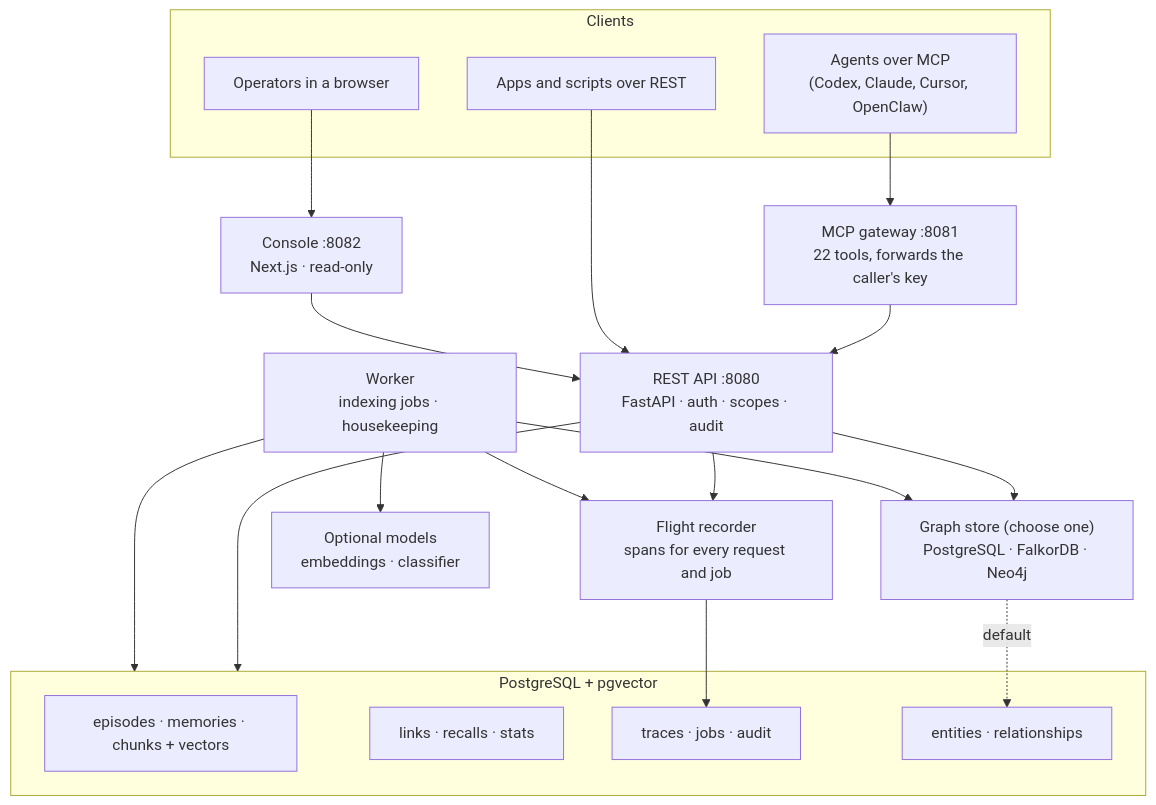
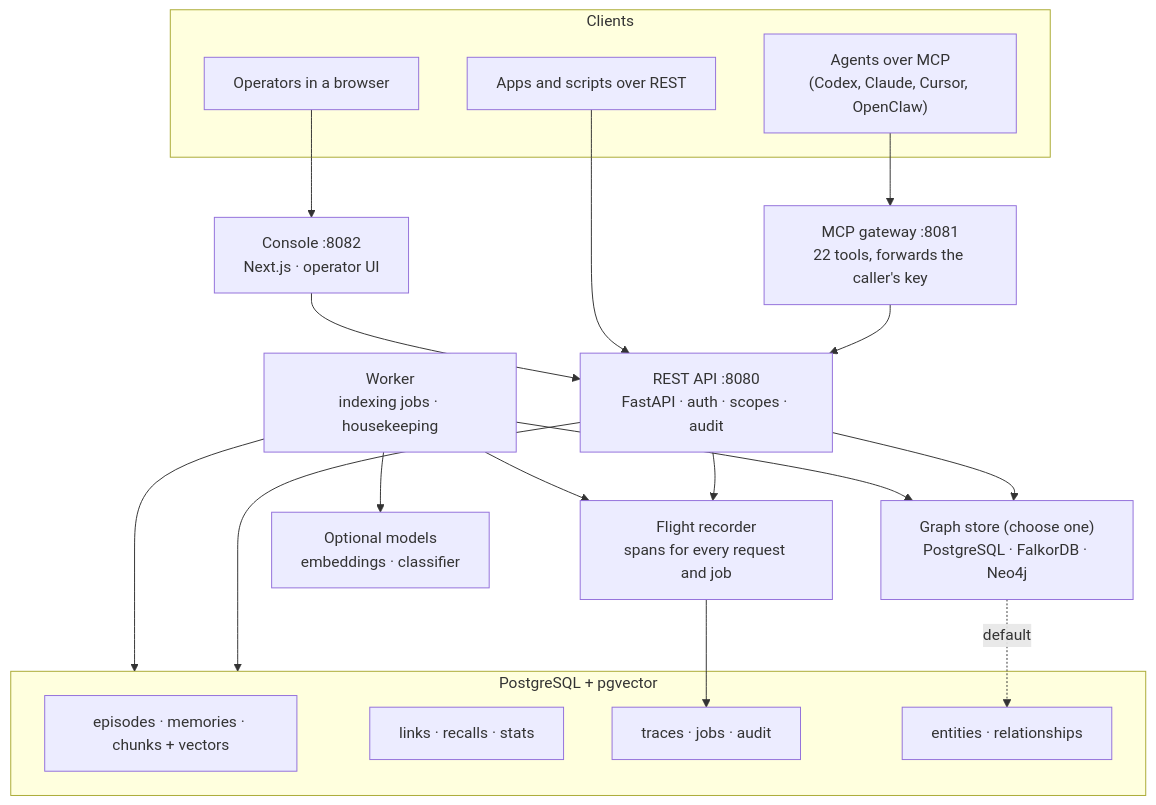
Before and after one commit to JIGGAI/albert: the second of 2 diagrams in README.md, drawn with Mermaid. The commit also changed other lines of this file and 11 other files, not shown here.

````diff
--- a/README.md
+++ b/README.md
@@ -110,32 +115,32 @@
 ```mermaid
 flowchart TB
     subgraph Clients
         C1["Agents over MCP<br/>(Codex, Claude, Cursor, OpenClaw)"]
         C2["Apps and scripts over REST"]
         C3["Operators in a browser"]
     end
     MCP["MCP gateway :8081<br/>22 tools, forwards the caller's key"]
     API["REST API :8080<br/>FastAPI · auth · scopes · audit"]
-    CON["Console :8082<br/>Next.js · read-only"]
+    CON["Console :8082<br/>Next.js · operator UI"]
     W["Worker<br/>indexing jobs · housekeeping"]
     REC["Flight recorder<br/>spans for every request and job"]
     subgraph PG["PostgreSQL + pgvector"]
         T1["episodes · memories · chunks + vectors"]
         T2["links · recalls · stats"]
         T3["traces · jobs · audit"]
         T4["entities · relationships"]
     end
     GS["Graph store (choose one)<br/>PostgreSQL · FalkorDB · Neo4j"]
     LLM["Optional models<br/>embeddings · classifier"]
     C1 --> MCP --> API
     C2 --> API
     C3 --> CON --> API
     API --> PG
     API --> GS
     API --> REC --> T3
     W --> PG
     W --> GS
     W --> LLM
     W --> REC
     GS -. default .-> T4
 ```
````
